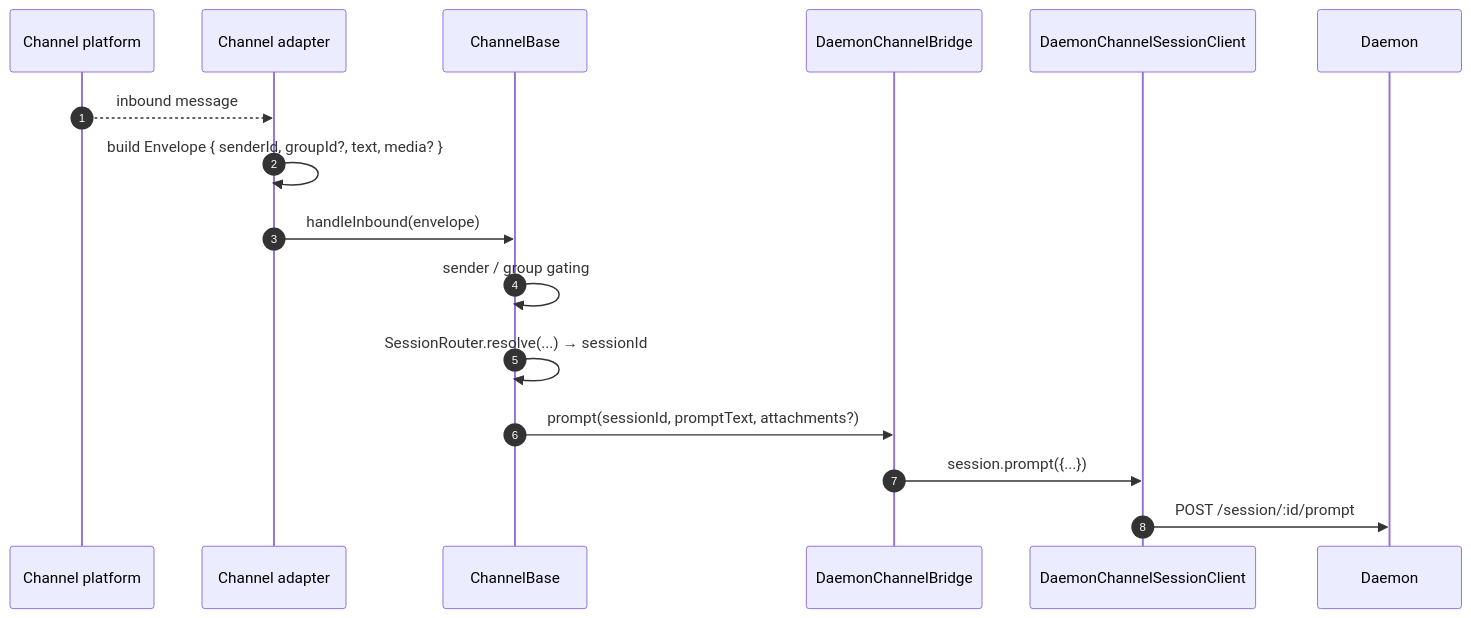
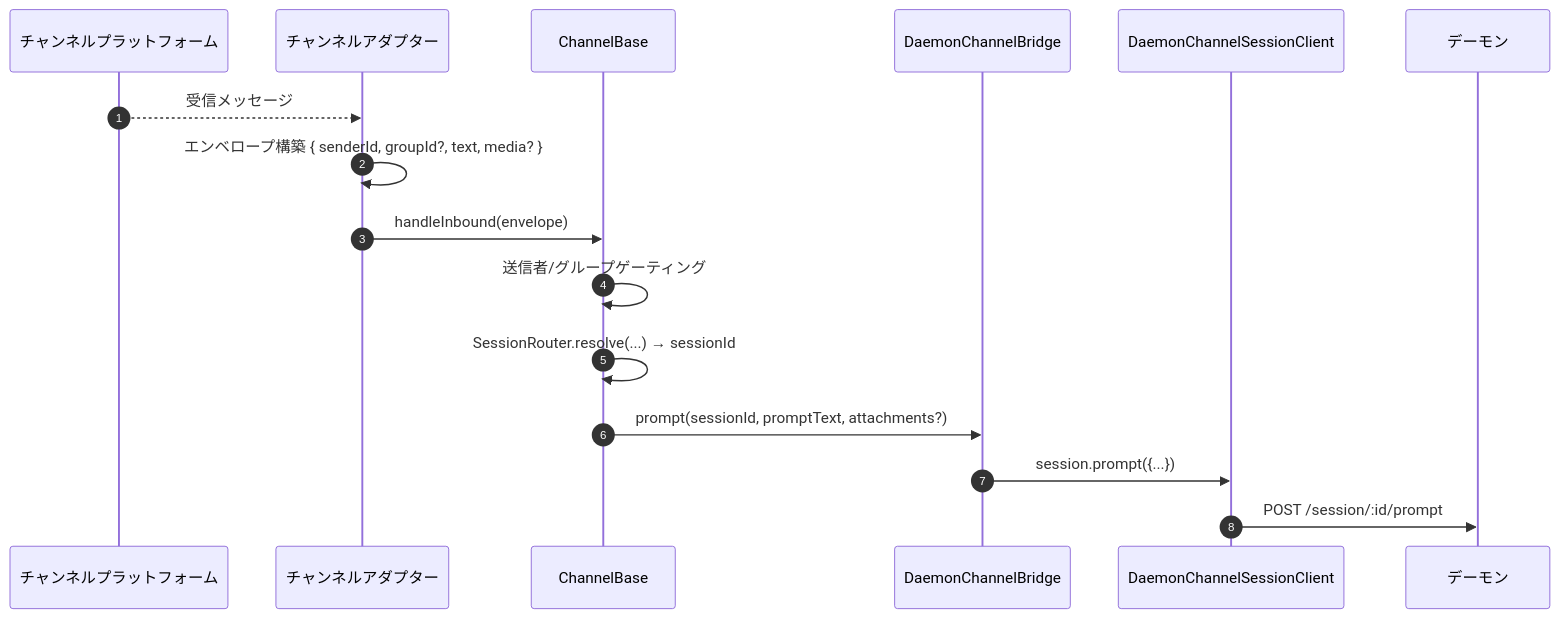
Before and after one commit to QwenLM/qwen-code-docs: the first of 3 diagrams in website/content/ja/developers/daemon/15-channel-adapters.md, drawn with Mermaid. The commit also changed other lines of this file and 1077 other files, not shown here.

````diff
--- a/website/content/ja/developers/daemon/15-channel-adapters.md
+++ b/website/content/ja/developers/daemon/15-channel-adapters.md
@@ -93,19 +93,19 @@
 ```mermaid
 sequenceDiagram
     autonumber
-    participant CH as Channel platform
-    participant AD as Channel adapter
+    participant CH as チャンネルプラットフォーム
+    participant AD as チャンネルアダプター
     participant CB as ChannelBase
     participant BR as DaemonChannelBridge
     participant SC as DaemonChannelSessionClient
-    participant D as Daemon
+    participant D as デーモン
 
-    CH-->>AD: inbound message
-    AD->>AD: build Envelope { senderId, groupId?, text, media? }
+    CH-->>AD: 受信メッセージ
+    AD->>AD: エンベロープ構築 { senderId, groupId?, text, media? }
     AD->>CB: handleInbound(envelope)
-    CB->>CB: sender / group gating
+    CB->>CB: 送信者/グループゲーティング
     CB->>CB: SessionRouter.resolve(...) → sessionId
     CB->>BR: prompt(sessionId, promptText, attachments?)
     BR->>SC: session.prompt({...})
     SC->>D: POST /session/:id/prompt
 ```
````
